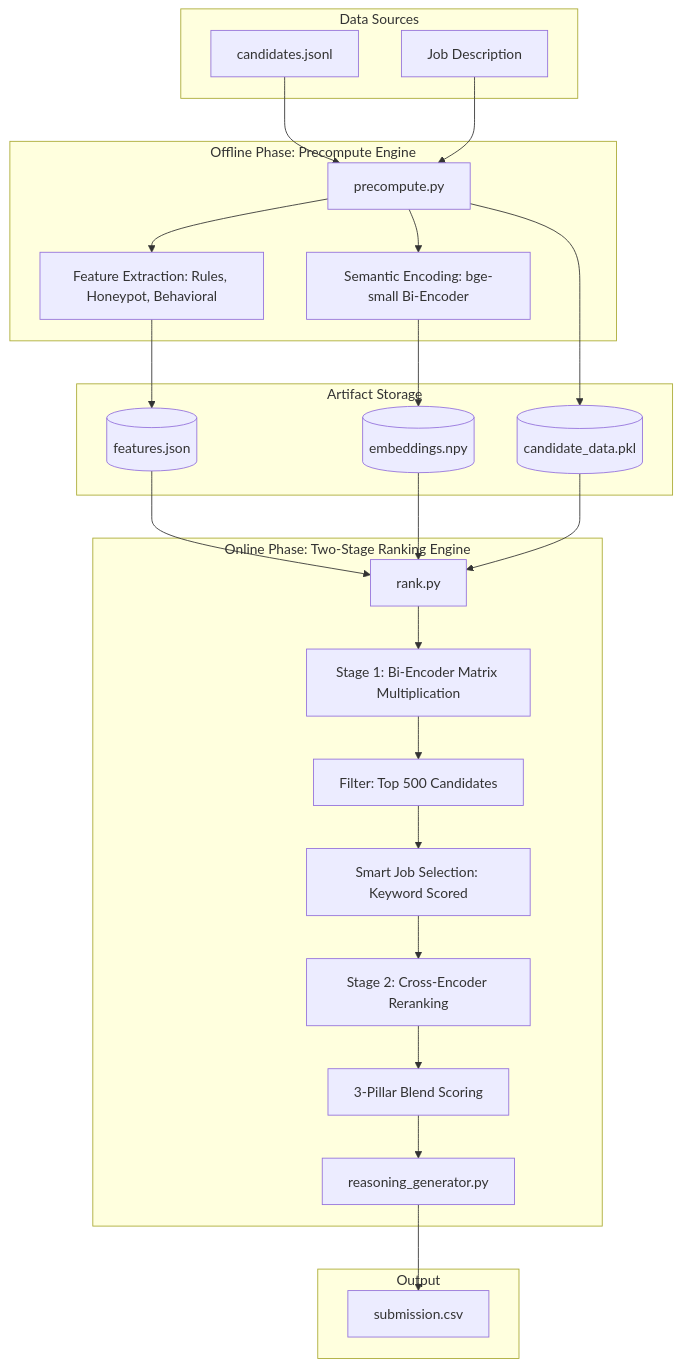
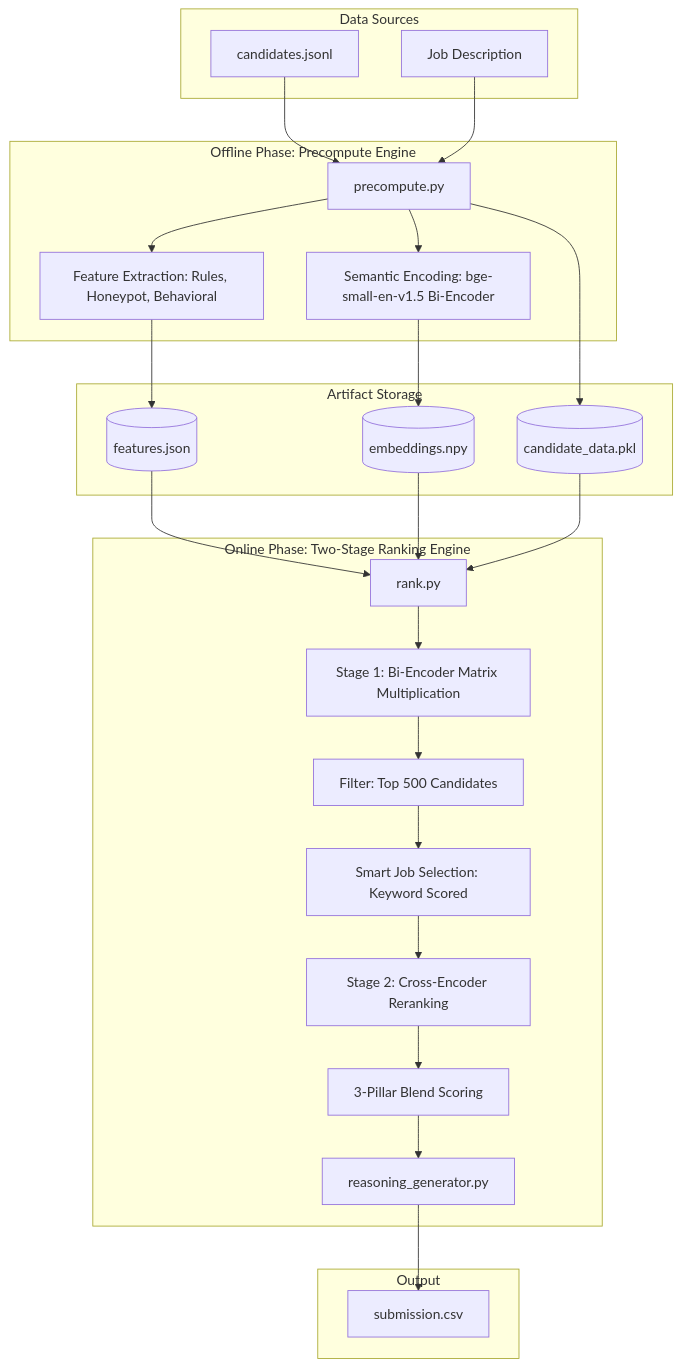
The diagram in architecture.md (Amanjha112113/ai-candidate-ranker), drawn with Mermaid before and after one commit. The commit also changed other lines of this file and 3 other files, not shown here.

Commit message:
Revert embedding model to bge-small for speed/efficiency

````diff
--- a/architecture.md
+++ b/architecture.md
@@ -9,52 +9,52 @@
 ```mermaid
 graph TD
     subgraph Data Sources
     A[candidates.jsonl]
     B[Job Description]
     end
 
     subgraph Offline Phase: Precompute Engine
     C[precompute.py]
     D[Feature Extraction: Rules, Honeypot, Behavioral]
-    E[Semantic Encoding: bge-small Bi-Encoder]
+    E[Semantic Encoding: bge-small-en-v1.5 Bi-Encoder]
     end
 
     subgraph Artifact Storage
     F[(features.json)]
     G[(embeddings.npy)]
     H[(candidate_data.pkl)]
     end
 
     subgraph Online Phase: Two-Stage Ranking Engine
     I[rank.py]
     J[Stage 1: Bi-Encoder Matrix Multiplication]
     K[Filter: Top 500 Candidates]
     L[Stage 2: Cross-Encoder Reranking]
     M[Smart Job Selection: Keyword Scored]
     N[3-Pillar Blend Scoring]
     O[reasoning_generator.py]
     end
 
     subgraph Output
     P[submission.csv]
     end
 
     A --> C
     B --> C
     C --> D
     C --> E
     D --> F
     E --> G
     C --> H
 
     F --> I
     G --> I
     H --> I
     I --> J
     J --> K
     K --> M
     M --> L
     L --> N
     N --> O
     O --> P
 ```
````
